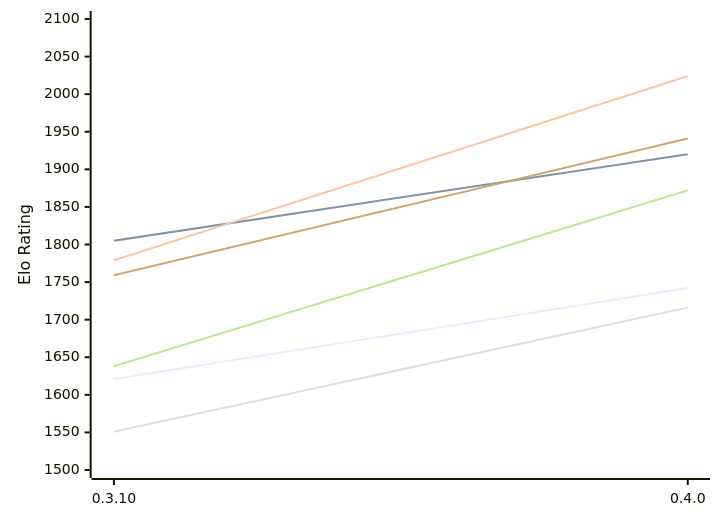
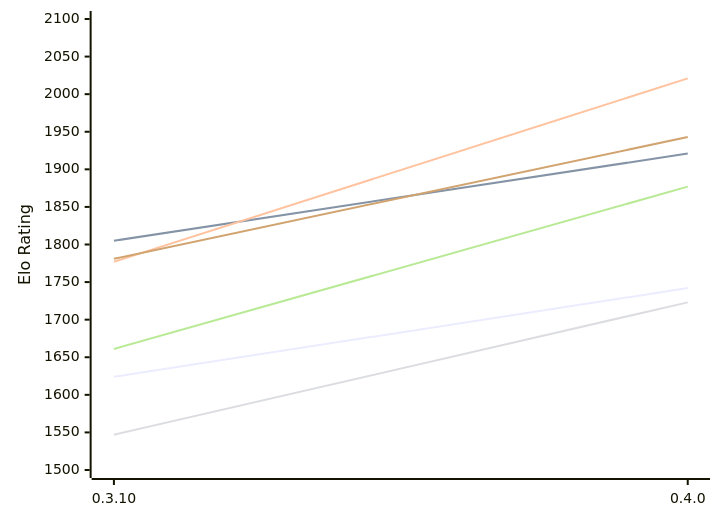
One commit to computer-chess-index/cci changed the first of 2 diagrams in engines/Arche.md. Above: the diagram before and after it, drawn with Mermaid. The commit also changed other lines of this file, not shown here.

Commit message:
Update CCI Ratings (ELO VLTC) - 2026-11-17

````diff
--- a/engines/Arche.md
+++ b/engines/Arche.md
@@ -53,12 +53,12 @@
 ```mermaid
 %%{init: {"theme":"base","themeVariables":{"seriesColors:['#a3a3a3','#222221','#faa371']}}}%%
 xychart-beta
   x-axis ["0.3.10", "0.4.0"]
   y-axis "Elo Rating" 1500 --> 2100
-  line "E1: STC (8.0+0.08s)" [1621, 1742]
-  line "E1: LTC (60.0+0.60s)" [1805, 1920]
-  line "E1: VLTC (2m24s+1.12s)" [1779, 2024]
-  line "P1: STC (8.0+0.08s)" [1551, 1716]
-  line "P1: LTC (60.0+0.60s)" [1638, 1872]
-  line "P1: VLTC (2m24s+1.12s)" [1759, 1941]
+  line "E1: STC (8.0+0.08s)" [1624, 1742]
+  line "E1: LTC (60.0+0.60s)" [1805, 1921]
+  line "E1: VLTC (2m24s+1.12s)" [1777, 2021]
+  line "P1: STC (8.0+0.08s)" [1547, 1723]
+  line "P1: LTC (60.0+0.60s)" [1661, 1877]
+  line "P1: VLTC (2m24s+1.12s)" [1781, 1943]
 ```
````
